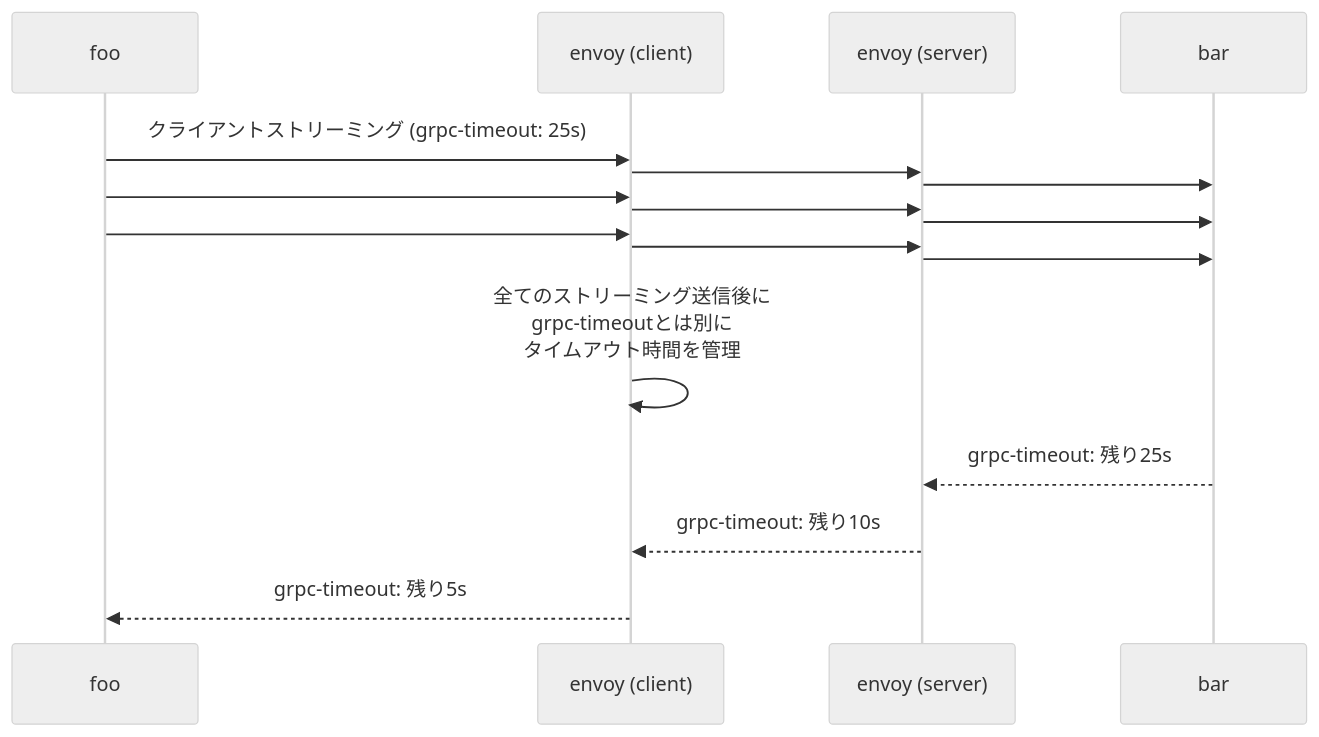
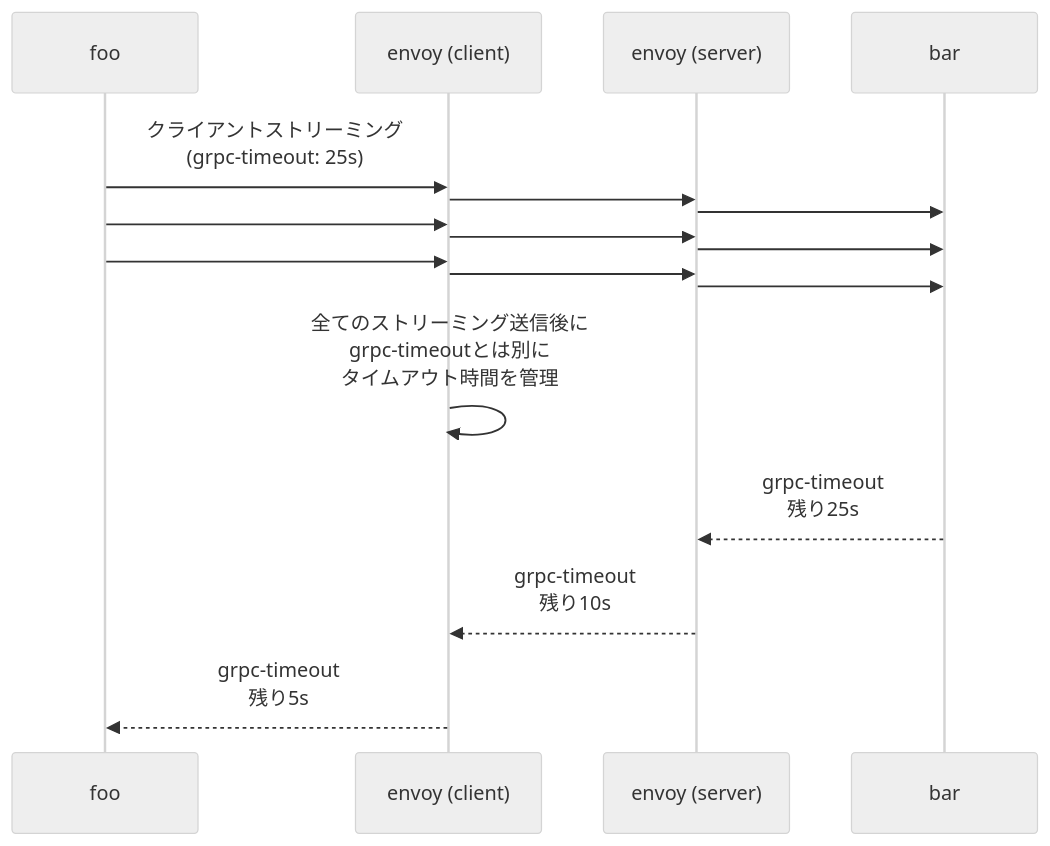
One commit to hiroki-it/tech-notebook changed the first of 2 diagrams in docs/software/software_middleware_service_mesh_envoy_envoy_yaml.md. Above: the diagram before and after it, drawn with Mermaid (neutral theme). The commit also changed other lines of this file and 1 other file, not shown here.

````diff
--- a/docs/software/software_middleware_service_mesh_envoy_envoy_yaml.md
+++ b/docs/software/software_middleware_service_mesh_envoy_envoy_yaml.md
@@ -345,23 +345,23 @@
 ```mermaid
 sequenceDiagram
 
-    foo->>envoy (client): クライアントストリーミング (grpc-timeout: 25s)
+    foo->>envoy (client): クライアントストリーミング<br>(grpc-timeout: 25s)
     envoy (client)->>envoy (server): 
     envoy (server)->>bar: 
 
     foo->>envoy (client): 
     envoy (client)->>envoy (server): 
     envoy (server)->>bar: 
 
     foo->>envoy (client): 
     envoy (client)->>envoy (server): 
     envoy (server)->>bar: 
 
     envoy (client)->>envoy (client): 全てのストリーミング送信後に<br>grpc-timeoutとは別に<br>タイムアウト時間を管理
 
-    bar-->>envoy (server): grpc-timeout: 残り25s
+    bar-->>envoy (server): grpc-timeout<br>残り25s
 
-    envoy (server)-->>envoy (client): grpc-timeout: 残り10s
+    envoy (server)-->>envoy (client): grpc-timeout<br>残り10s
 
-    envoy (client)-->>foo: grpc-timeout: 残り5s
+    envoy (client)-->>foo: grpc-timeout<br>残り5s
 ```
````
